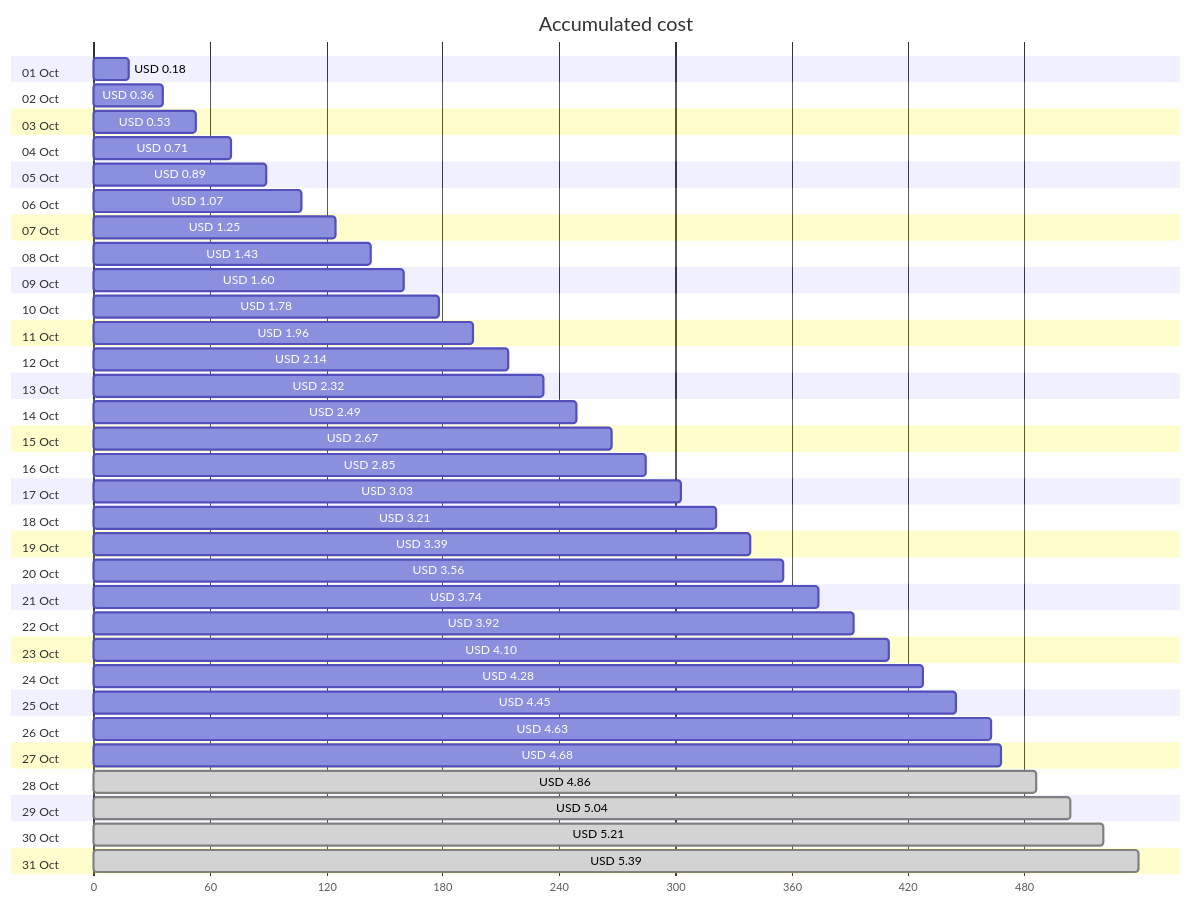
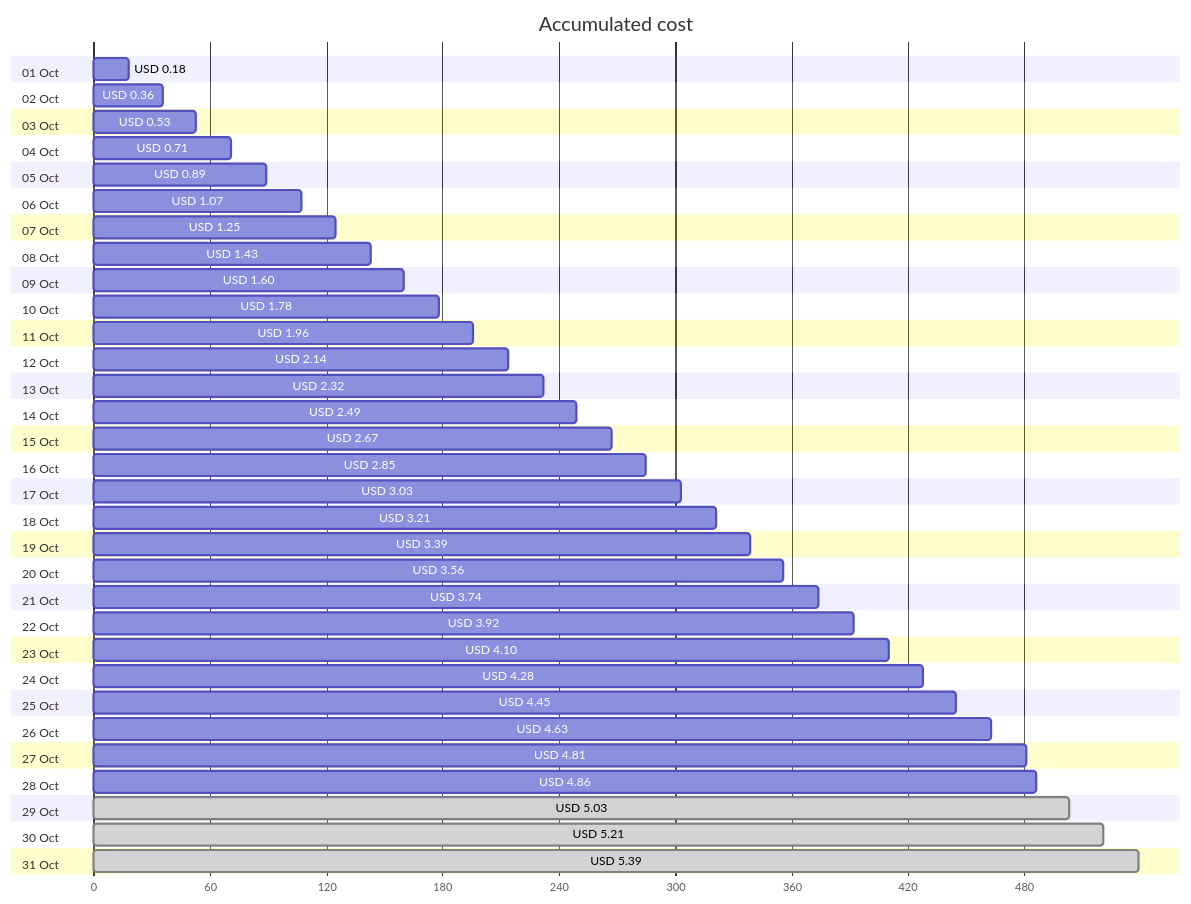
Before and after one commit to jpfulton/azure-personal-reports: the first of 4 diagrams in cost-reports/personal-network/backup-server.md, drawn with Mermaid. The commit also changed other lines of this file and 8 other files, not shown here.

````diff
--- a/cost-reports/personal-network/backup-server.md
+++ b/cost-reports/personal-network/backup-server.md
@@ -20,68 +20,68 @@
 ```mermaid
 gantt
    title Accumulated cost
    dateFormat  X
    axisFormat %s
    section 01 Oct
    USD 0.18 :0, 18
    section 02 Oct
    USD 0.36 :0, 36
    section 03 Oct
    USD 0.53 :0, 53
    section 04 Oct
    USD 0.71 :0, 71
    section 05 Oct
    USD 0.89 :0, 89
    section 06 Oct
    USD 1.07 :0, 107
    section 07 Oct
    USD 1.25 :0, 125
    section 08 Oct
    USD 1.43 :0, 143
    section 09 Oct
    USD 1.60 :0, 160
    section 10 Oct
    USD 1.78 :0, 178
    section 11 Oct
    USD 1.96 :0, 196
    section 12 Oct
    USD 2.14 :0, 214
    section 13 Oct
    USD 2.32 :0, 232
    section 14 Oct
    USD 2.49 :0, 249
    section 15 Oct
    USD 2.67 :0, 267
    section 16 Oct
    USD 2.85 :0, 285
    section 17 Oct
    USD 3.03 :0, 303
    section 18 Oct
    USD 3.21 :0, 321
    section 19 Oct
    USD 3.39 :0, 339
    section 20 Oct
    USD 3.56 :0, 356
    section 21 Oct
    USD 3.74 :0, 374
    section 22 Oct
    USD 3.92 :0, 392
    section 23 Oct
    USD 4.10 :0, 410
    section 24 Oct
    USD 4.28 :0, 428
    section 25 Oct
    USD 4.45 :0, 445
    section 26 Oct
    USD 4.63 :0, 463
    section 27 Oct
-   USD 4.68 :0, 468
+   USD 4.81 :0, 481
    section 28 Oct
-   USD 4.86 : done, 0, 486
+   USD 4.86 :0, 486
    section 29 Oct
-   USD 5.04 : done, 0, 504
+   USD 5.03 : done, 0, 503
    section 30 Oct
    USD 5.21 : done, 0, 521
    section 31 Oct
    USD 5.39 : done, 0, 539
 ```
````
